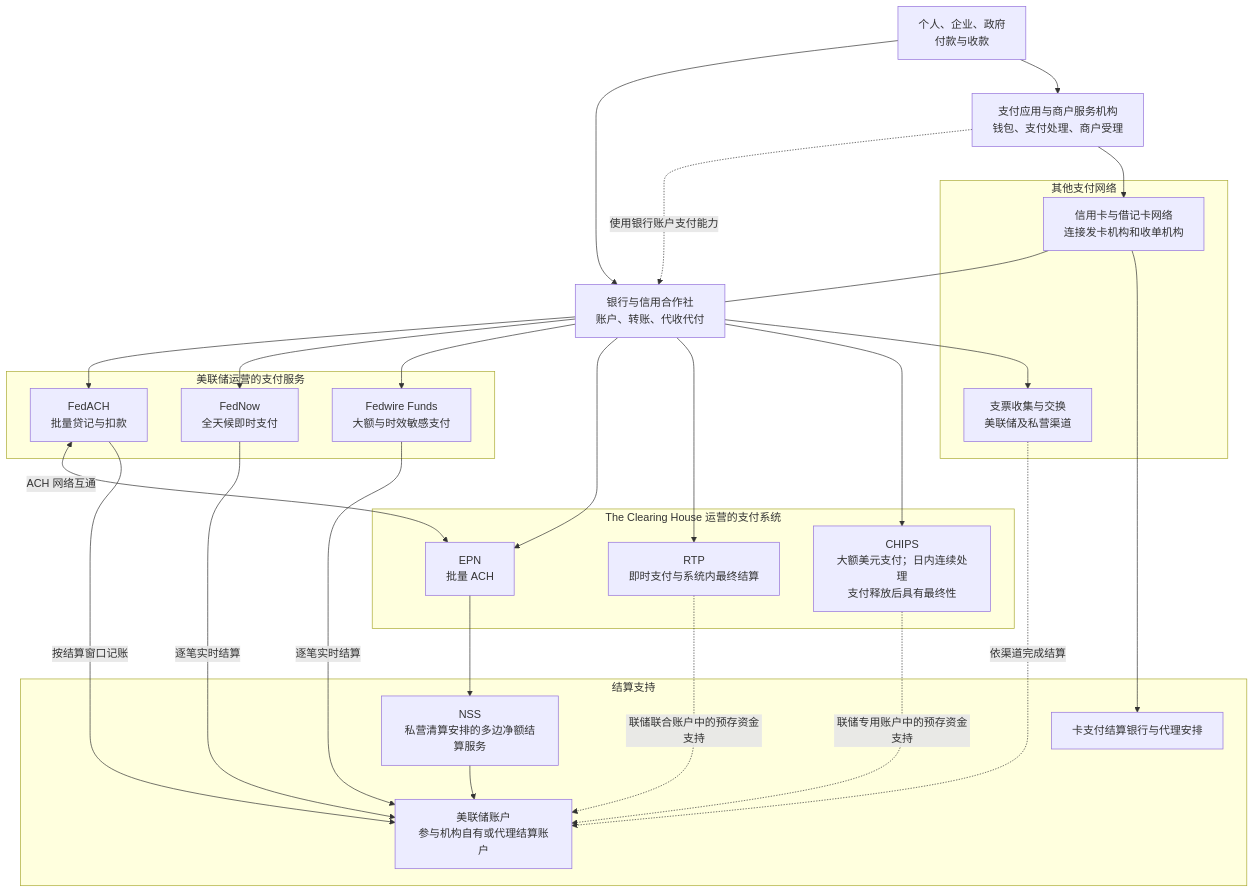
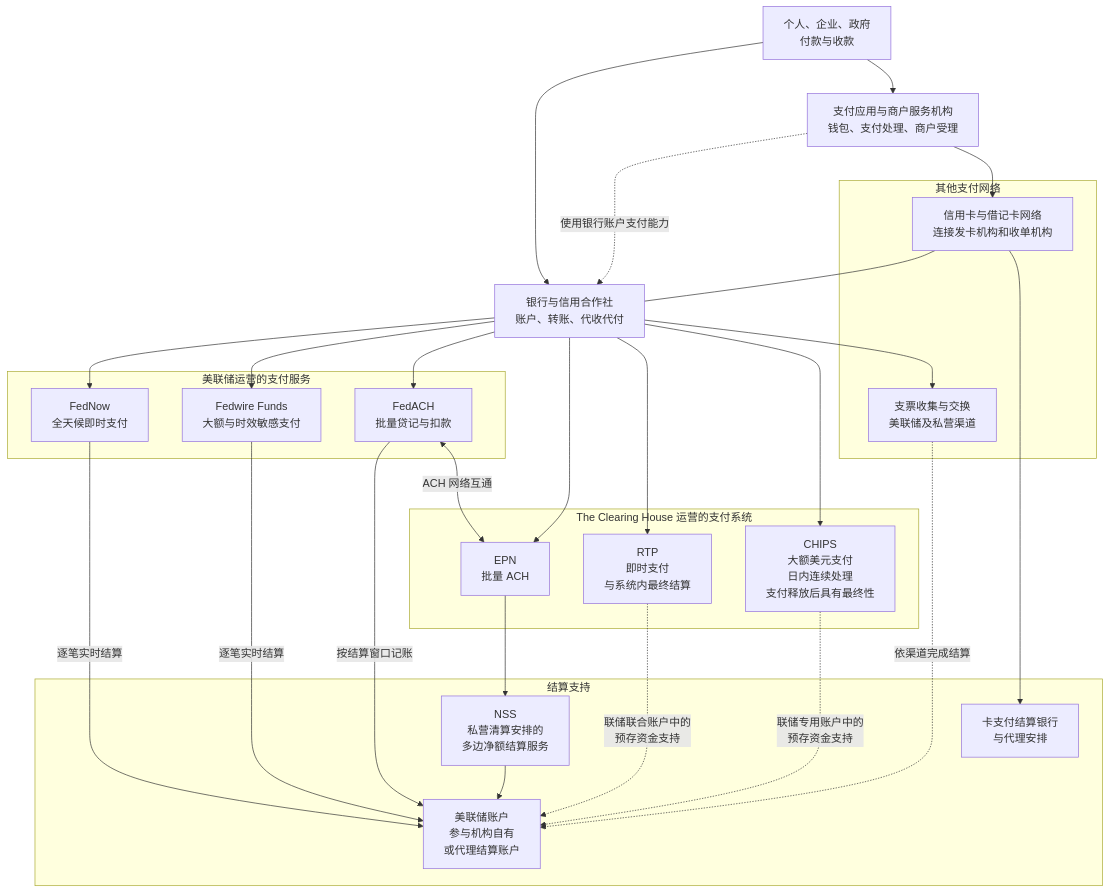
The seventh of 29 diagrams in _posts/2026-09-05-交易模型.md (WCY-dt/blog), drawn with Mermaid before and after one commit. The commit also changed other lines of this file, not shown here.

````diff
--- a/_posts/2026-09-05-交易模型.md
+++ b/_posts/2026-09-05-交易模型.md
@@ -668,49 +768,49 @@
 ```mermaid
 flowchart TD
     U["个人、企业、政府<br/>付款与收款"]
     B["银行与信用合作社<br/>账户、转账、代收代付"]
     P["支付应用与商户服务机构<br/>钱包、支付处理、商户受理"]
 
     U --> B
     U --> P
     P -. "使用银行账户支付能力" .-> B
 
     subgraph PUBLIC["美联储运营的支付服务"]
-        FA["FedACH<br/>批量贷记与扣款"]
         FN["FedNow<br/>全天候即时支付"]
         FW["Fedwire Funds<br/>大额与时效敏感支付"]
+        FA["FedACH<br/>批量贷记与扣款"]
     end
 
     subgraph PRIVATE["The Clearing House 运营的支付系统"]
         EPN["EPN<br/>批量 ACH"]
-        RTP["RTP<br/>即时支付与系统内最终结算"]
-        CHIPS["CHIPS<br/>大额美元支付；日内连续处理<br/>支付释放后具有最终性"]
+        RTP["RTP<br/>即时支付<br>与系统内最终结算"]
+        CHIPS["CHIPS<br/>大额美元支付<br>日内连续处理<br/>支付释放后具有最终性"]
     end
 
     subgraph OTHER["其他支付网络"]
         CARD["信用卡与借记卡网络<br/>连接发卡机构和收单机构"]
         CHECK["支票收集与交换<br/>美联储及私营渠道"]
     end
 
-    B --> FA & FN & FW
+    B --> FN & FW & FA
     B --> EPN & RTP & CHIPS
     B --> CHECK
     P --> CARD
     CARD --- B
-    FA <-->|"ACH 网络互通"| EPN
 
     subgraph SUPPORT["结算支持"]
-        ACCOUNT["美联储账户<br/>参与机构自有或代理结算账户"]
-        NSS["NSS<br/>私营清算安排的多边净额结算服务"]
-        AGENT["卡支付结算银行与代理安排"]
+        ACCOUNT["美联储账户<br/>参与机构自有<br>或代理结算账户"]
+        NSS["NSS<br/>私营清算安排的<br>多边净额结算服务"]
+        AGENT["卡支付结算银行<br>与代理安排"]
     end
 
     FA -->|"按结算窗口记账"| ACCOUNT
+    FA <-->|"ACH 网络互通"| EPN
     FN -->|"逐笔实时结算"| ACCOUNT
     FW -->|"逐笔实时结算"| ACCOUNT
     EPN --> NSS --> ACCOUNT
-    RTP -. "联储联合账户中的预存资金支持" .-> ACCOUNT
-    CHIPS -. "联储专用账户中的预存资金支持" .-> ACCOUNT
+    RTP -. "联储联合账户中的<br>预存资金支持" .-> ACCOUNT
+    CHIPS -. "联储专用账户中的<br>预存资金支持" .-> ACCOUNT
     CARD --> AGENT
     CHECK -. "依渠道完成结算" .-> ACCOUNT
 ```
````
